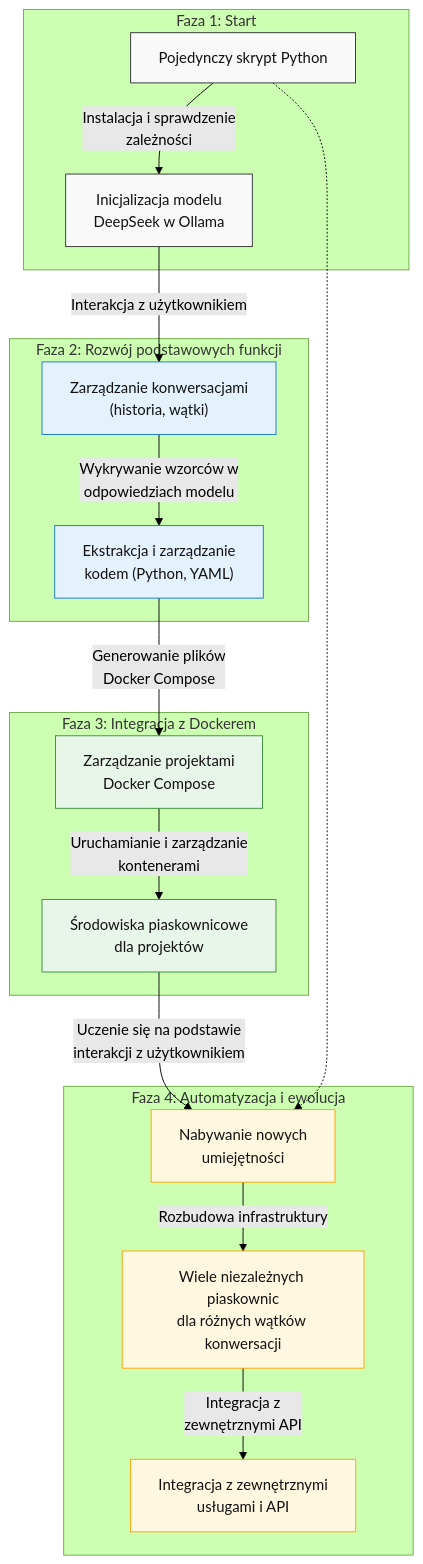
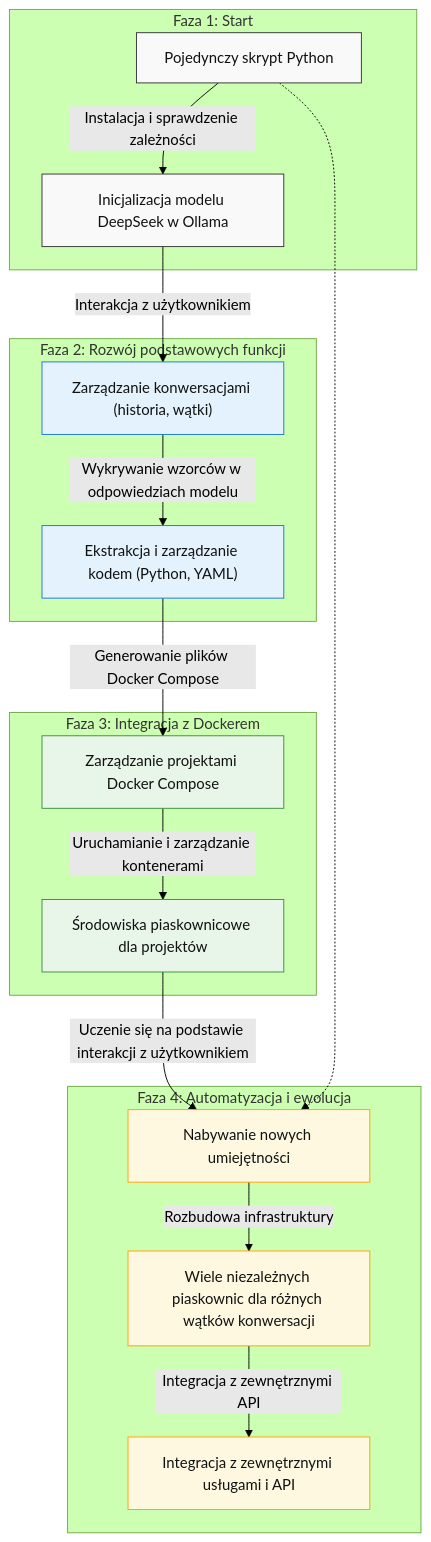
The diagram in README.md (tom-sapletta-com/evopy), drawn with Mermaid (forest theme) before and after one commit. The commit also changed 4 other files, not shown here.

````diff
--- a/README.md
+++ b/README.md
@@ -18,34 +18,34 @@
 ```mermaid
 flowchart TB
     subgraph "Faza 1: Start"
-        SinglePython["Pojedynczy skrypt Python"] --> |"Instalacja i sprawdzenie\nzależności"| ModelInit["Inicjalizacja modelu\nDeepSeek w Ollama"]
+        SinglePython["Pojedynczy skrypt Python"] --> |"Instalacja i sprawdzenie zależności"| ModelInit["Inicjalizacja modelu DeepSeek w Ollama"]
     end
     
     subgraph "Faza 2: Rozwój podstawowych funkcji"
-        ModelInit --> |"Interakcja z użytkownikiem"| ConversationManagement["Zarządzanie konwersacjami\n(historia, wątki)"]
-        ConversationManagement --> |"Wykrywanie wzorców w\nodpowiedziach modelu"| CodeExtraction["Ekstrakcja i zarządzanie\nkodem (Python, YAML)"]
+        ModelInit --> |"Interakcja z użytkownikiem"| ConversationManagement["Zarządzanie konwersacjami (historia, wątki)"]
+        ConversationManagement --> |"Wykrywanie wzorców w odpowiedziach modelu"| CodeExtraction["Ekstrakcja i zarządzanie kodem (Python, YAML)"]
     end
     
     subgraph "Faza 3: Integracja z Dockerem"
-        CodeExtraction --> |"Generowanie plików\nDocker Compose"| DockerProjects["Zarządzanie projektami\nDocker Compose"]
-        DockerProjects --> |"Uruchamianie i zarządzanie\nkontenerami"| SandboxEnvironments["Środowiska piaskownicowe\ndla projektów"]
+        CodeExtraction --> |"Generowanie plików Docker Compose"| DockerProjects["Zarządzanie projektami Docker Compose"]
+        DockerProjects --> |"Uruchamianie i zarządzanie kontenerami"| SandboxEnvironments["Środowiska piaskownicowe dla projektów"]
     end
     
     subgraph "Faza 4: Automatyzacja i ewolucja"
-        SandboxEnvironments --> |"Uczenie się na podstawie\ninterakcji z użytkownikiem"| SkillAcquisition["Nabywanie nowych\numiejętności"]
-        SkillAcquisition --> |"Rozbudowa infrastruktury"| MultipleSandboxes["Wiele niezależnych piaskownic\ndla różnych wątków konwersacji"]
-        MultipleSandboxes --> |"Integracja z\nzewnętrznymi API"| APIIntegration["Integracja z zewnętrznymi\nusługami i API"]
+        SandboxEnvironments --> |"Uczenie się na podstawie interakcji z użytkownikiem"| SkillAcquisition["Nabywanie nowych umiejętności"]
+        SkillAcquisition --> |"Rozbudowa infrastruktury"| MultipleSandboxes["Wiele niezależnych piaskownic dla różnych wątków konwersacji"]
+        MultipleSandboxes --> |"Integracja z zewnętrznymi API"| APIIntegration["Integracja z zewnętrznymi usługami i API"]
     end
     
     SinglePython -.-> SkillAcquisition
     
     classDef phase1 fill:#f9f9f9,stroke:#333,stroke-width:1px,color:#111
     classDef phase2 fill:#e3f2fd,stroke:#1976d2,stroke-width:1px,color:#111
     classDef phase3 fill:#e8f5e9,stroke:#388e3c,stroke-width:1px,color:#111
     classDef phase4 fill:#fff8e1,stroke:#ffa000,stroke-width:1px,color:#111
     
     class SinglePython,ModelInit phase1
     class ConversationManagement,CodeExtraction phase2
     class DockerProjects,SandboxEnvironments phase3
     class SkillAcquisition,MultipleSandboxes,APIIntegration phase4
 ```    
````
